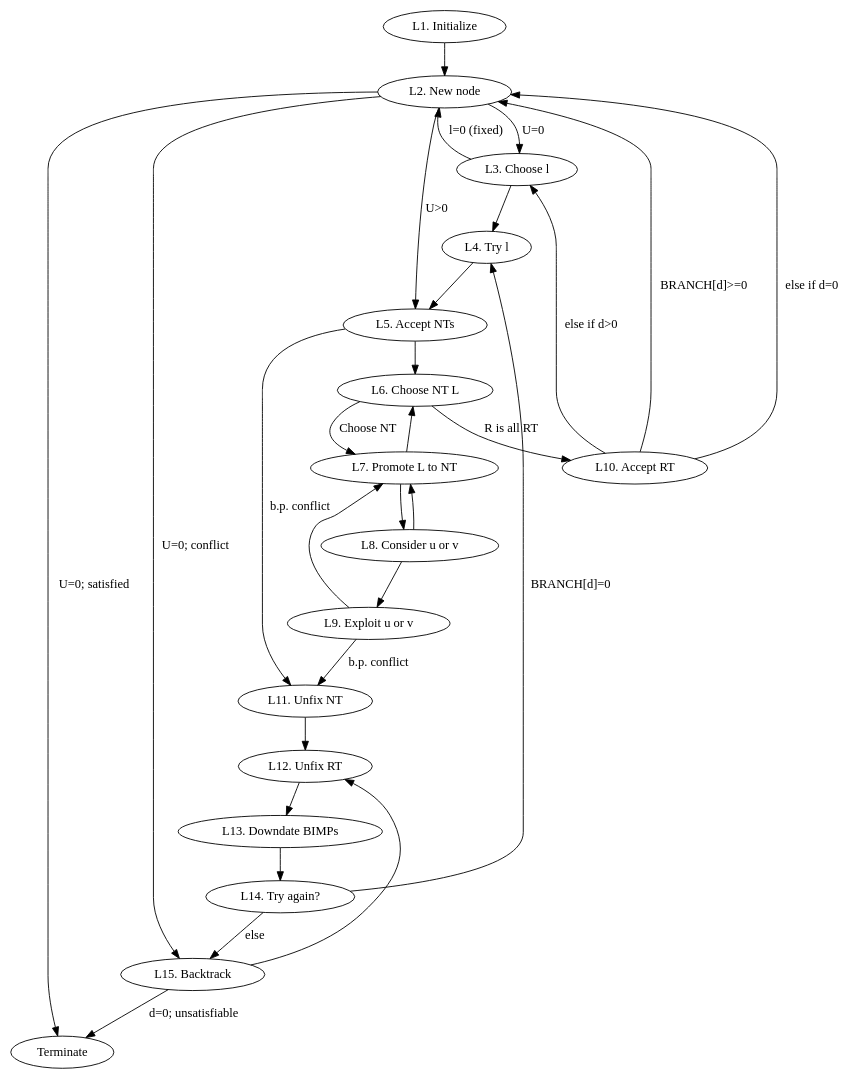
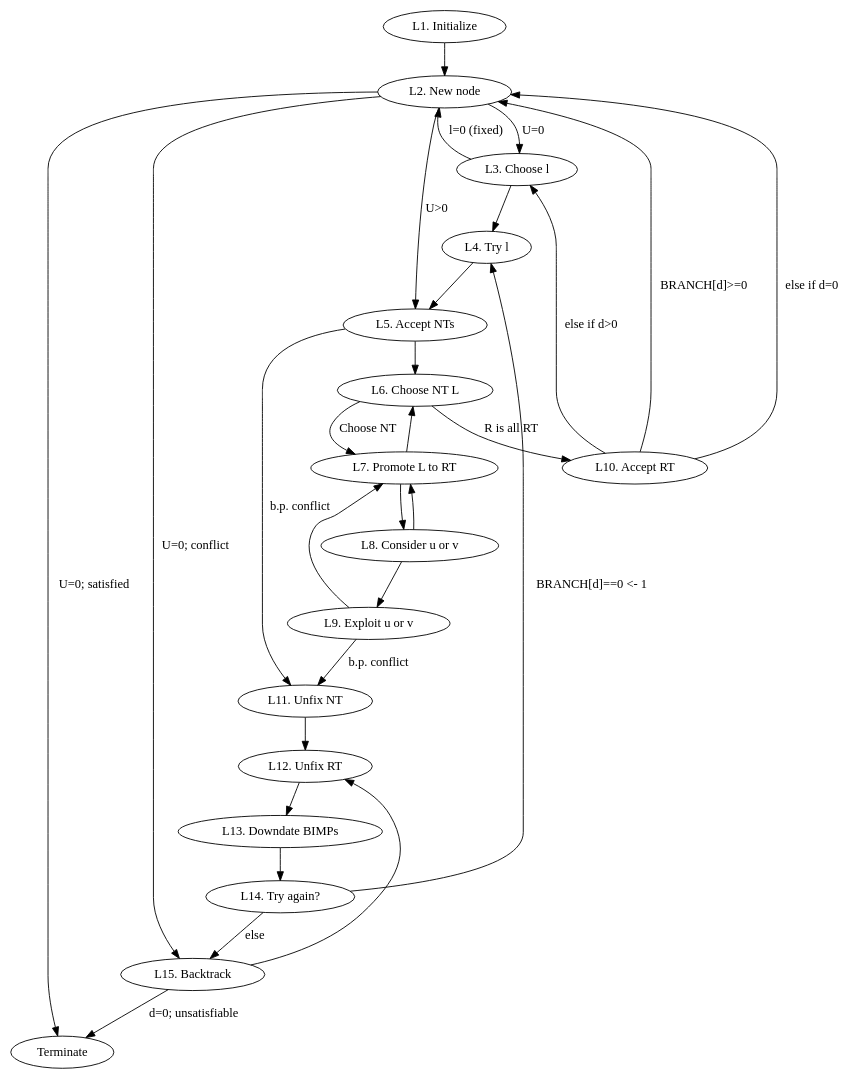
One commit to wallberg/sandbox-go changed the diagram in doc/taocp-7-2-2-2-AlgorithmL.dot. Above: the diagram before and after it, drawn with Graphviz. The commit also changed 2 other files, not shown here.

```diff
--- a/doc/taocp-7-2-2-2-AlgorithmL.dot
+++ b/doc/taocp-7-2-2-2-AlgorithmL.dot
@@ -1,42 +1,42 @@
 digraph G {
     L1 [label="L1. Initialize"]
     L2 [label="L2. New node"]
     L3 [label="L3. Choose l"]
     L4 [label="L4. Try l"]
     L5 [label="L5. Accept NTs"]
     L6 [label="L6. Choose NT L"]
-    L7 [label="L7. Promote L to NT"]
+    L7 [label="L7. Promote L to RT"]
     L8 [label="L8. Consider u or v"]
     L9 [label="L9. Exploit u or v"]
     L10 [label="L10. Accept RT"]
     L11 [label="L11. Unfix NT"]
     L12 [label="L12. Unfix RT"]
     L13 [label="L13. Downdate BIMPs"]
     L14 [label="L14. Try again?"]
     L15 [label="L15. Backtrack"]
 
     L1 -> L2
     L2 -> Terminate [label="U=0; satisfied"]
     L2 -> L15 [label="U=0; conflict"]
     L2 -> L3 [label="U=0"]
     L2 -> L5 [label="U>0"]
     L3 -> L2 [label="l=0 (fixed)"]
     L3 -> L4 -> L5 -> L6
     L5 -> L11 [label="b.p. conflict"]
     L6 -> L10 [label="R is all RT"]
     L6 -> L7 [label="Choose NT"]
     L7 -> L6
     L7 -> L8
     L8 -> L7
     L8 -> L9
     L9 -> L7
     L9 -> L11 [label="b.p. conflict"]
     L10 -> L2 [label="BRANCH[d]>=0"]
     L10 -> L3 [label="else if d>0"]
     L10 -> L2 [label="else if d=0"]
     L11 -> L12 -> L13 -> L14
-    L14 -> L4 [label="BRANCH[d]=0"]
+    L14 -> L4 [label="BRANCH[d]==0 <- 1"]
     L14 -> L15 [label="else"]
     L15 -> Terminate [label="d=0; unsatisfiable"]
     L15 -> L12
 }
```
